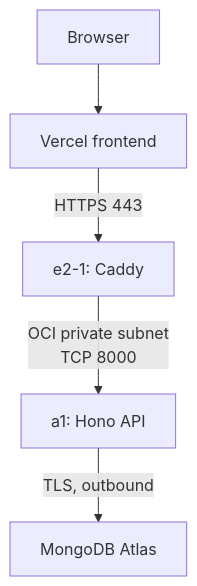
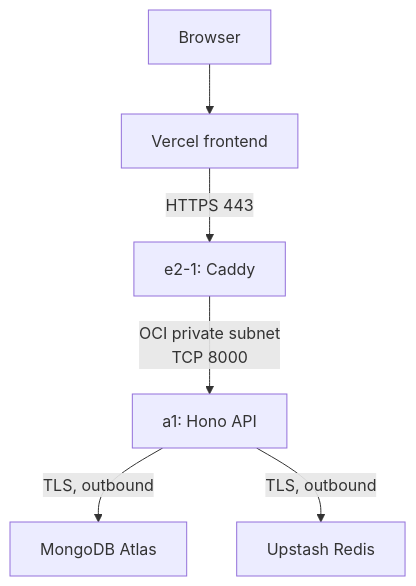
The first of 2 diagrams in README.md (RutamBhagat/crossval), drawn with Mermaid before and after one commit. The commit also changed other lines of this file and 15 other files, not shown here.

````diff
--- a/README.md
+++ b/README.md
@@ -39,7 +39,8 @@
 ```mermaid
 flowchart TD
     U[Browser] --> V[Vercel frontend]
     V -->|HTTPS 443| C[e2-1: Caddy]
     C -->|OCI private subnet<br/>TCP 8000| A[a1: Hono API]
     A -->|TLS, outbound| M[MongoDB Atlas]
+    A -->|TLS, outbound| R[Upstash Redis]
 ```
````
